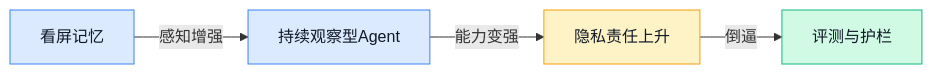
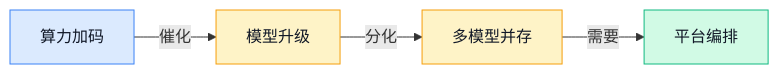
One commit to ylzsdafei/ai-daily-site changed the fifth of 8 diagrams in content/cn/blog/weekly/2026-W17.md. Above: the diagram before and after it, drawn with Mermaid. The commit also changed other lines of this file and 1 other file, not shown here.

````diff
--- a/content/cn/blog/weekly/2026-W17.md
+++ b/content/cn/blog/weekly/2026-W17.md
@@ -147,10 +158,12 @@
 ```mermaid
 graph LR
-A[看屏记忆] -->|感知增强| B[持续观察型Agent] -->|能力变强| C[隐私责任上升] -->|倒逼| D[评测与护栏]
+A[算力加码] -->|催化| B[模型升级]
+B -->|分化| C[多模型并存]
+C -->|需要| D[平台编排]
 classDef blue fill:#dbeafe,stroke:#3b82f6,color:#111827
 classDef yellow fill:#fef3c7,stroke:#f59e0b,color:#111827
 classDef green fill:#d1fae5,stroke:#10b981,color:#111827
-class A,B blue
-class C yellow
+class A blue
+class B,C yellow
 class D green
 ```
````
